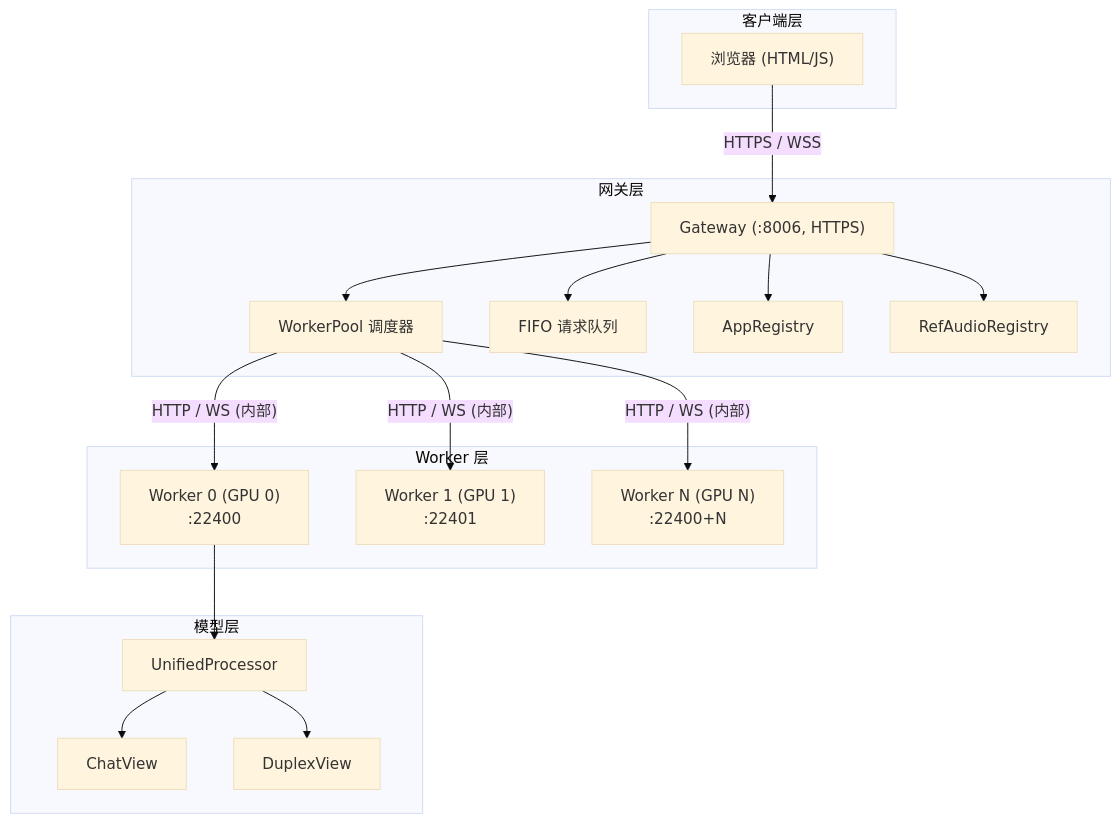
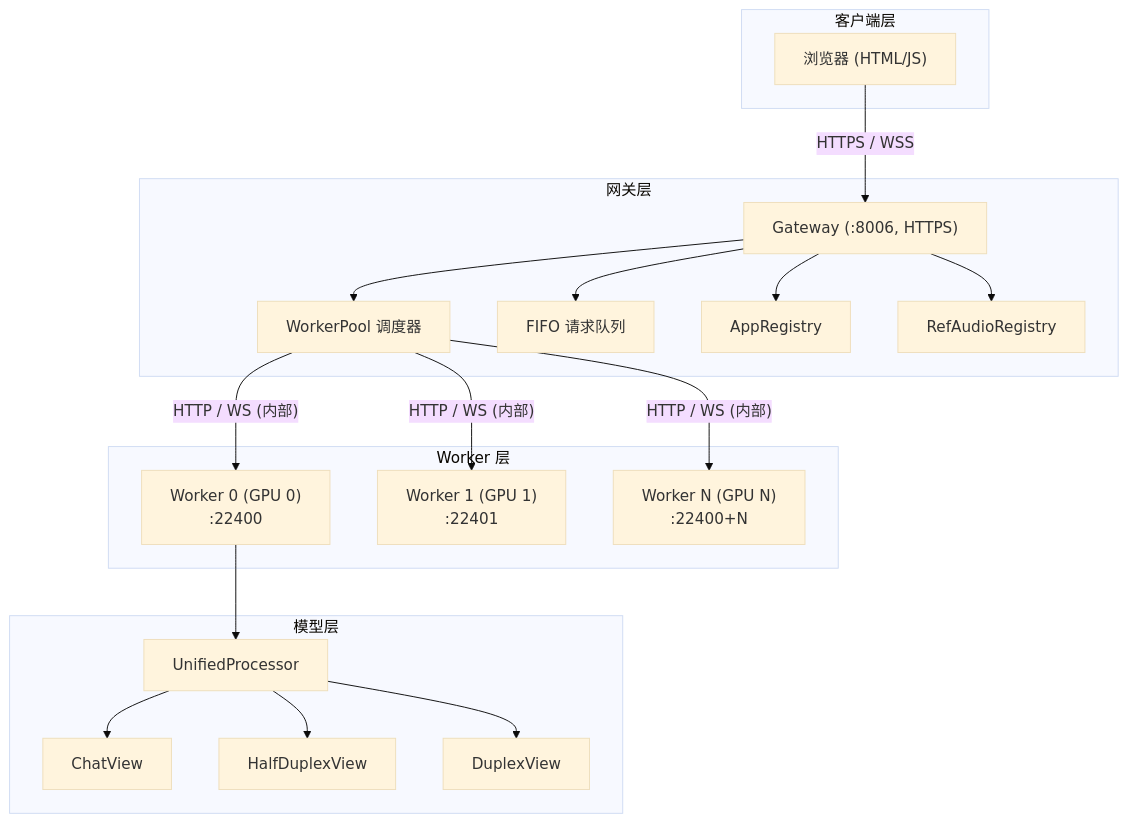
Before and after one commit to OpenBMB/minicpm-o-4_5-pytorch-simple-demo: the first of 2 diagrams in docs/zh/architecture/index.md, drawn with Mermaid (base theme). The commit also changed other lines of this file and 50 other files, not shown here.

Commit message:
Add half duplex docs

````diff
--- a/docs/zh/architecture/index.md
+++ b/docs/zh/architecture/index.md
@@ -7,38 +7,40 @@
 ```mermaid
 graph TB
     subgraph clientLayer [客户端层]
         Browser["浏览器 (HTML/JS)"]
     end
 
     subgraph gatewayLayer [网关层]
         Gateway["Gateway (:8006, HTTPS)"]
         WPool["WorkerPool 调度器"]
         Queue["FIFO 请求队列"]
         AppReg["AppRegistry"]
         RefAudio["RefAudioRegistry"]
         Gateway --> WPool
         Gateway --> Queue
         Gateway --> AppReg
         Gateway --> RefAudio
     end
 
     subgraph workerLayer [Worker 层]
         W0["Worker 0 (GPU 0)\n:22400"]
         W1["Worker 1 (GPU 1)\n:22401"]
         W2["Worker N (GPU N)\n:22400+N"]
     end
 
     subgraph modelLayer [模型层]
         UP["UnifiedProcessor"]
         ChatV["ChatView"]
+        HdxV["HalfDuplexView"]
         DuplexV["DuplexView"]
         UP --> ChatV
+        UP --> HdxV
         UP --> DuplexV
     end
 
     Browser -->|"HTTPS / WSS"| Gateway
     WPool -->|"HTTP / WS (内部)"| W0
     WPool -->|"HTTP / WS (内部)"| W1
     WPool -->|"HTTP / WS (内部)"| W2
     W0 --> UP
 ```
````
